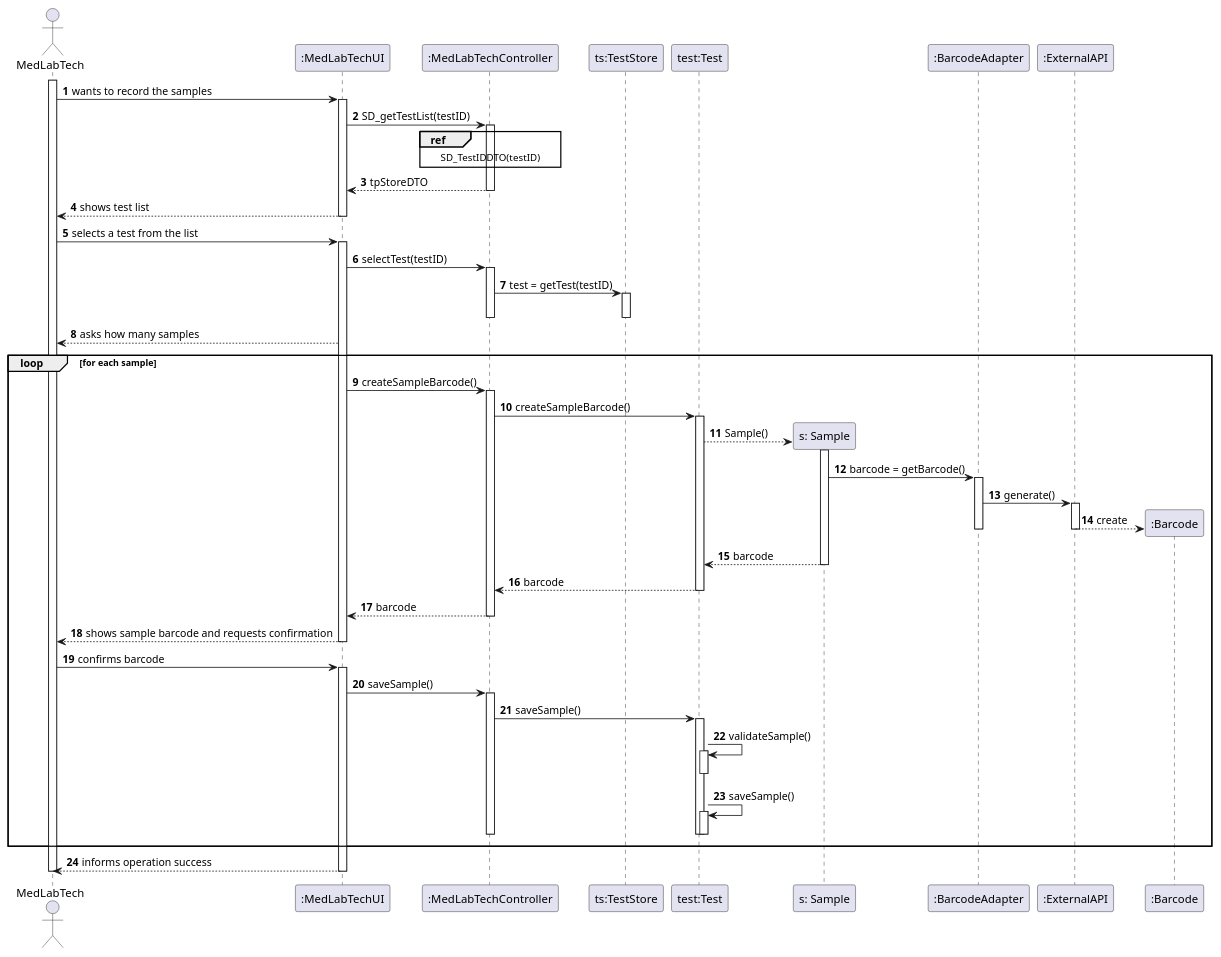
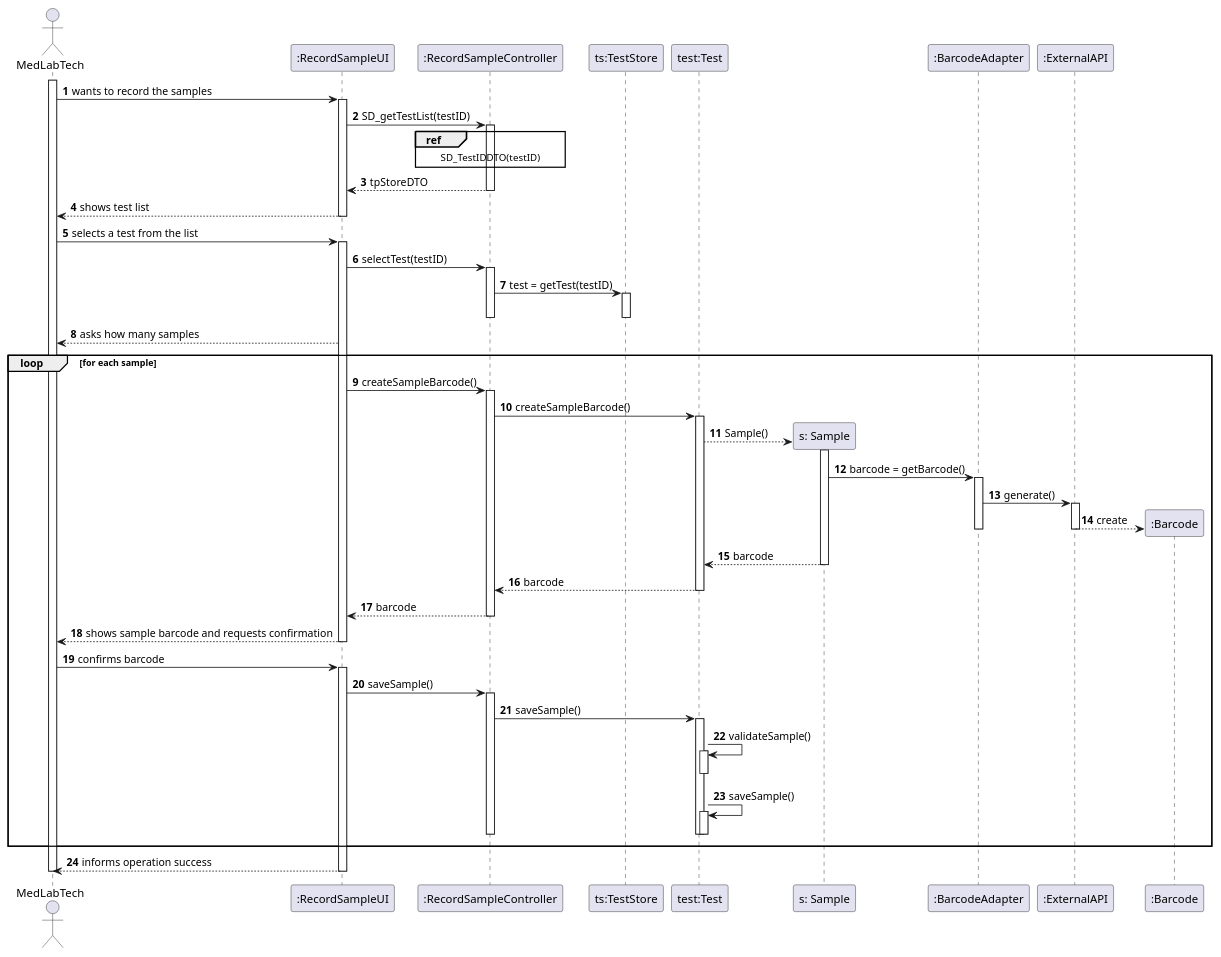
The diagram in docs/SprintC/US05/US5_SD.puml (MarianaCLages/LAPR2), drawn with PlantUML before and after one commit. The commit also changed 4 other files, not shown here.

```diff
--- a/docs/SprintC/US05/US5_SD.puml
+++ b/docs/SprintC/US05/US5_SD.puml
@@ -1,78 +1,78 @@
 @startuml
 autonumber
 actor MedLabTech as MLT
-participant ":MedLabTechUI" as UI
-participant ":MedLabTechController" as CTRL
+participant ":RecordSampleUI" as UI
+participant ":RecordSampleController" as CTRL
 participant "ts:TestStore" as TT
 participant "test:Test" as t
 participant "s: Sample" as S
 participant ":BarcodeAdapter" as Bc
 participant ":ExternalAPI" as Ea
 participant ":Barcode" as Bar
 
 activate MLT
 MLT -> UI: wants to record the samples
 activate UI
 UI -> CTRL : SD_getTestList(testID)
 ref over CTRL: SD_TestIDDTO(testID)
 activate CTRL
 CTRL --> UI: tpStoreDTO
 deactivate CTRL
 
 UI --> MLT: shows test list
 deactivate UI
 MLT -> UI: selects a test from the list
 activate UI
 UI -> CTRL: selectTest(testID)
 activate CTRL
 CTRL -> TT:test = getTest(testID)
 activate TT
 deactivate
 deactivate
 UI --> MLT: asks how many samples
 loop for each sample
 UI -> CTRL: createSampleBarcode()
 activate CTRL
 CTRL -> t: createSampleBarcode()
 activate t
 t --> S**: Sample()
 activate S
 S -> Bc: barcode = getBarcode()
 activate Bc
 Bc -> Ea: generate()
 activate Ea
 Ea --> Bar** :create
 deactivate Ea
 deactivate Bc
 return barcode
 return barcode
 return barcode
 deactivate S
 deactivate t
 deactivate CTRL
 
 UI --> MLT: shows sample barcode and requests confirmation
 deactivate UI
 
 deactivate UI
 deactivate CTRL
 deactivate CTRL
 MLT -> UI: confirms barcode
 activate UI
 UI -> CTRL: saveSample()
 activate CTRL
 CTRL -> t: saveSample()
 activate t
 t -> t: validateSample()
 activate t
 deactivate
 t -> t: saveSample()
 activate t
 deactivate
 deactivate t
 deactivate CTRL
 end
 UI --> MLT: informs operation success
 deactivate UI
 deactivate MLT
 @enduml
```
